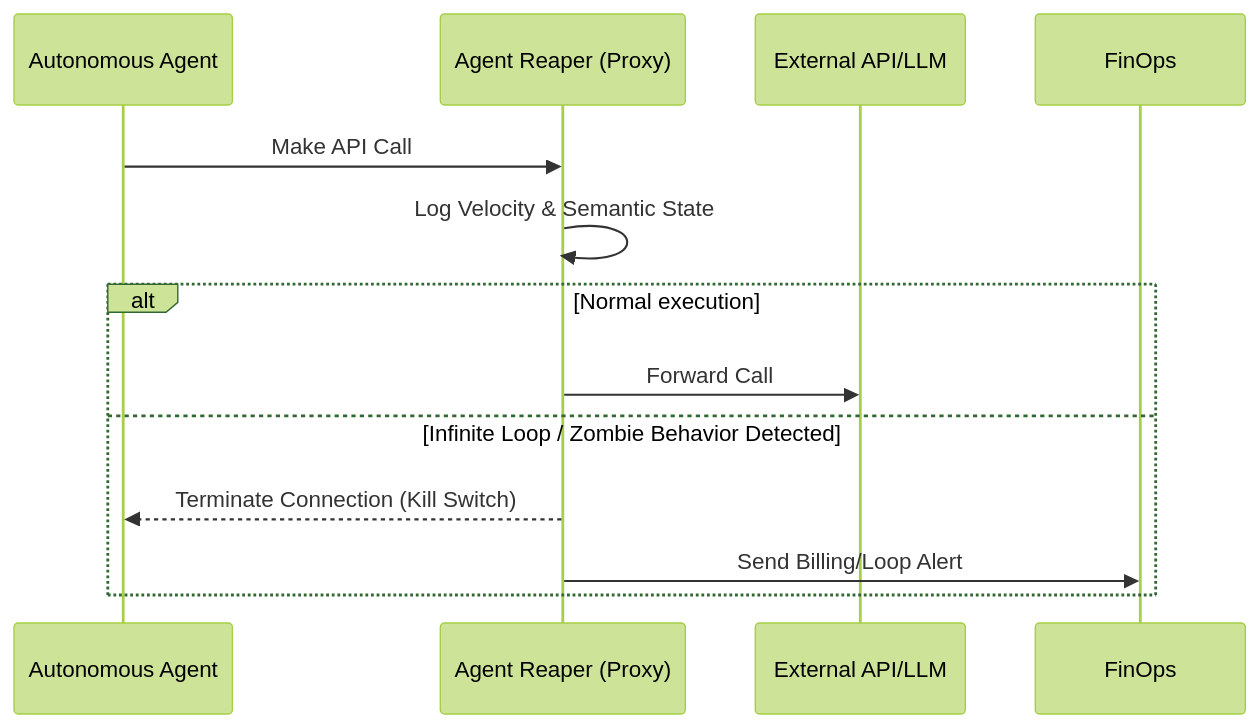
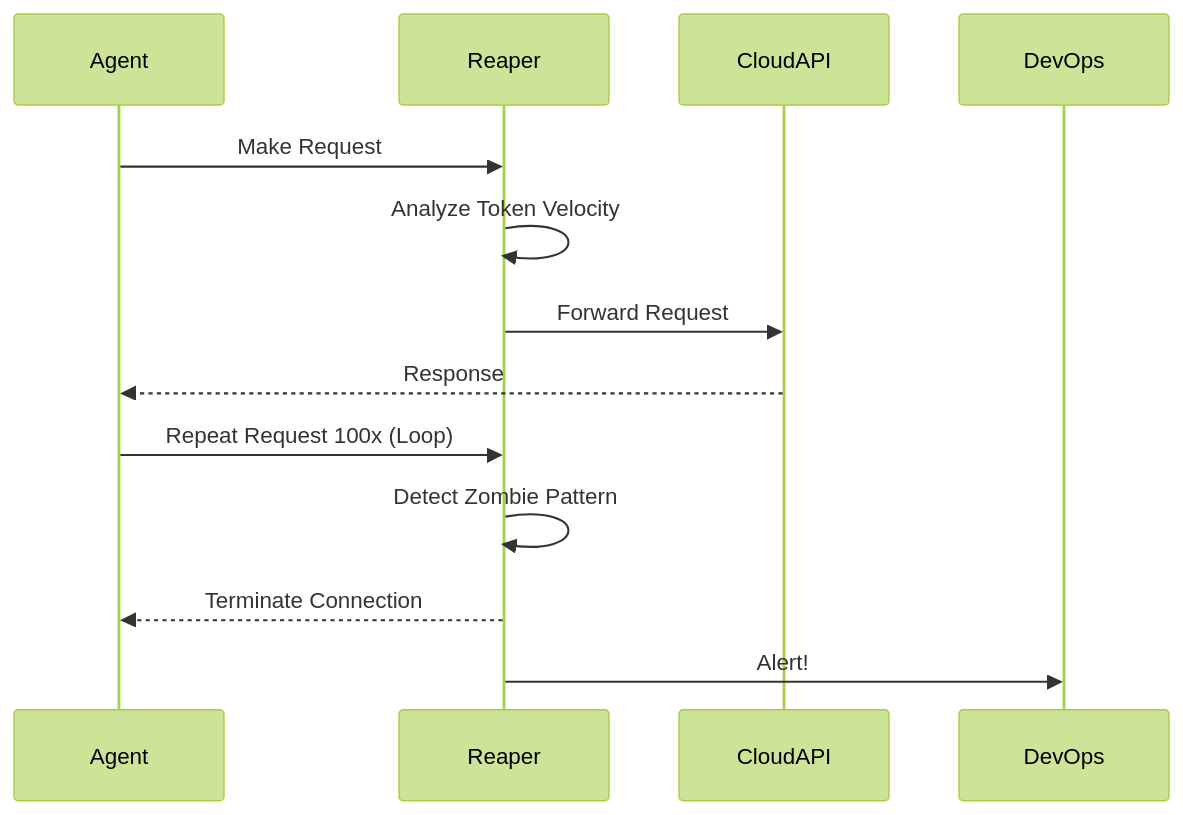
Before and after one commit to flouzzy/top-100-ai-startup-ideas: the second of 2 diagrams in ideas/agent-reaper/README.md, drawn with Mermaid (forest theme). The commit also changed other lines of this file and 41 other files, not shown here.

````diff
--- a/ideas/agent-reaper/README.md
+++ b/ideas/agent-reaper/README.md
@@ -39,14 +41,14 @@
 ```mermaid
 sequenceDiagram
-    participant Agent as Autonomous Agent
-    participant Reaper as Agent Reaper (Proxy)
-    participant API as External API/LLM
-    Agent->>Reaper: Make API Call
-    Reaper->>Reaper: Log Velocity & Semantic State
-    alt Normal execution
-        Reaper->>API: Forward Call
-    else Infinite Loop / Zombie Behavior Detected
-        Reaper-->>Agent: Terminate Connection (Kill Switch)
-        Reaper->>FinOps: Send Billing/Loop Alert
-    end
+    participant Agent
+    participant Reaper
+    participant CloudAPI
+    Agent->>Reaper: Make Request
+    Reaper->>Reaper: Analyze Token Velocity
+    Reaper->>CloudAPI: Forward Request
+    CloudAPI-->>Agent: Response
+    Agent->>Reaper: Repeat Request 100x (Loop)
+    Reaper->>Reaper: Detect Zombie Pattern
+    Reaper-->>Agent: Terminate Connection
+    Reaper->>DevOps: Alert!
 ```
````
